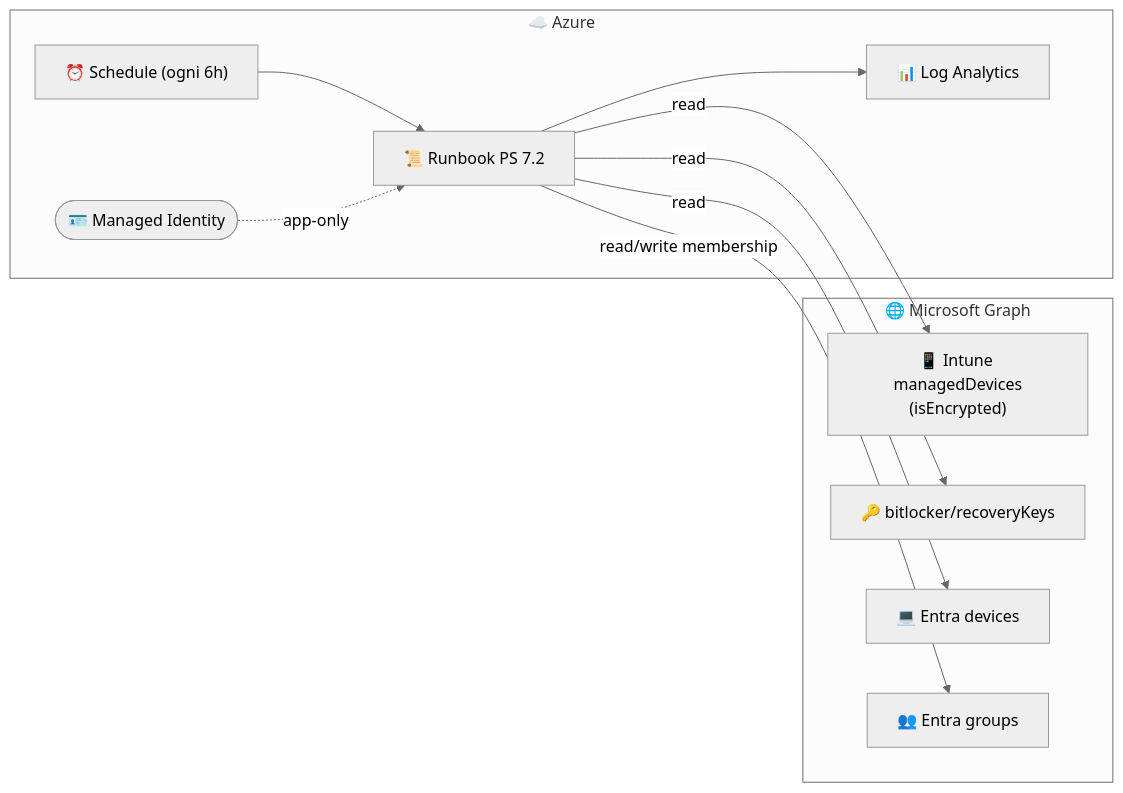
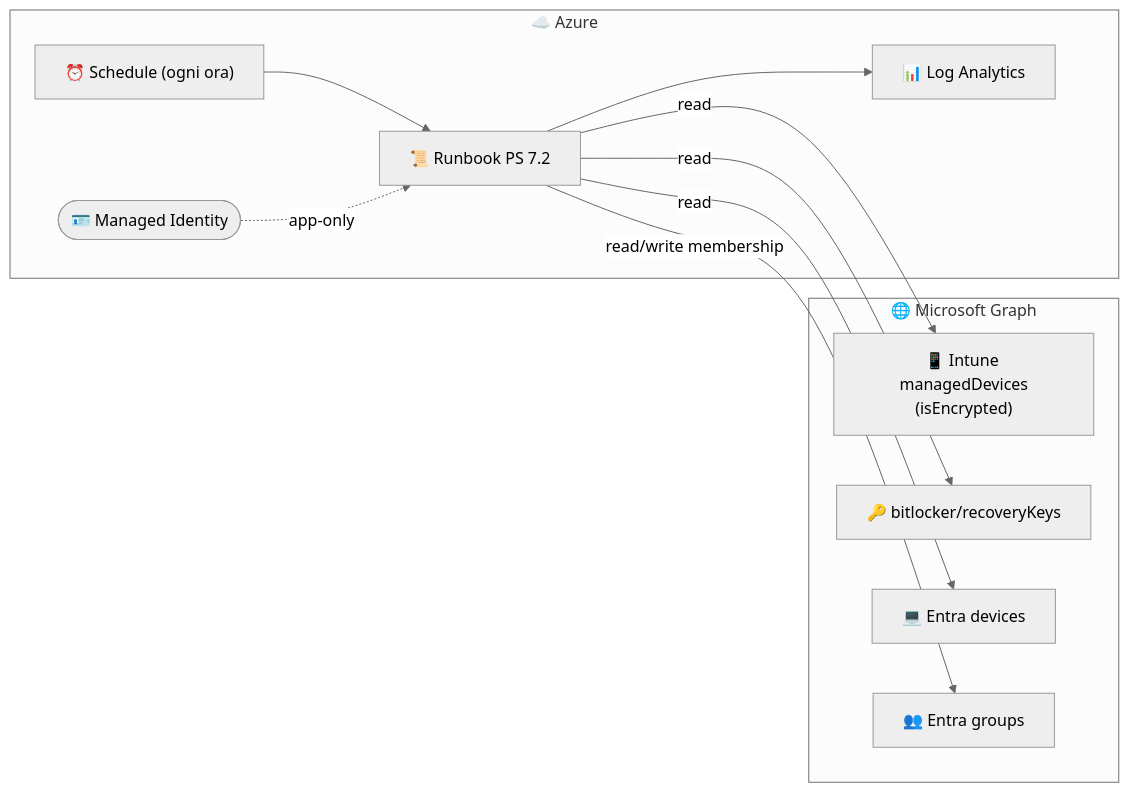
The first of 3 diagrams in README.md (robgrame/BitLockerGroupSync), drawn with Mermaid (neutral theme) before and after one commit. The commit also changed other lines of this file and 7 other files, not shown here.

````diff
--- a/README.md
+++ b/README.md
@@ -81,18 +81,18 @@
 ```mermaid
 flowchart LR
     subgraph AZ["☁️ Azure"]
-        SCH["⏰ Schedule (ogni 6h)"] --> RB["📜 Runbook PS 7.2"]
+        SCH["⏰ Schedule (ogni ora)"] --> RB["📜 Runbook PS 7.2"]
         MI(["🪪 Managed Identity"]) -.app-only.-> RB
         RB --> LAW["📊 Log Analytics"]
     end
     subgraph GRAPH["🌐 Microsoft Graph"]
         INT["📱 Intune managedDevices<br/>(isEncrypted)"]
         BLK["🔑 bitlocker/recoveryKeys"]
         DEV["💻 Entra devices"]
         GRP["👥 Entra groups"]
     end
     RB -->|read| INT
     RB -->|read| BLK
     RB -->|read| DEV
     RB -->|read/write membership| GRP
 ```
````
